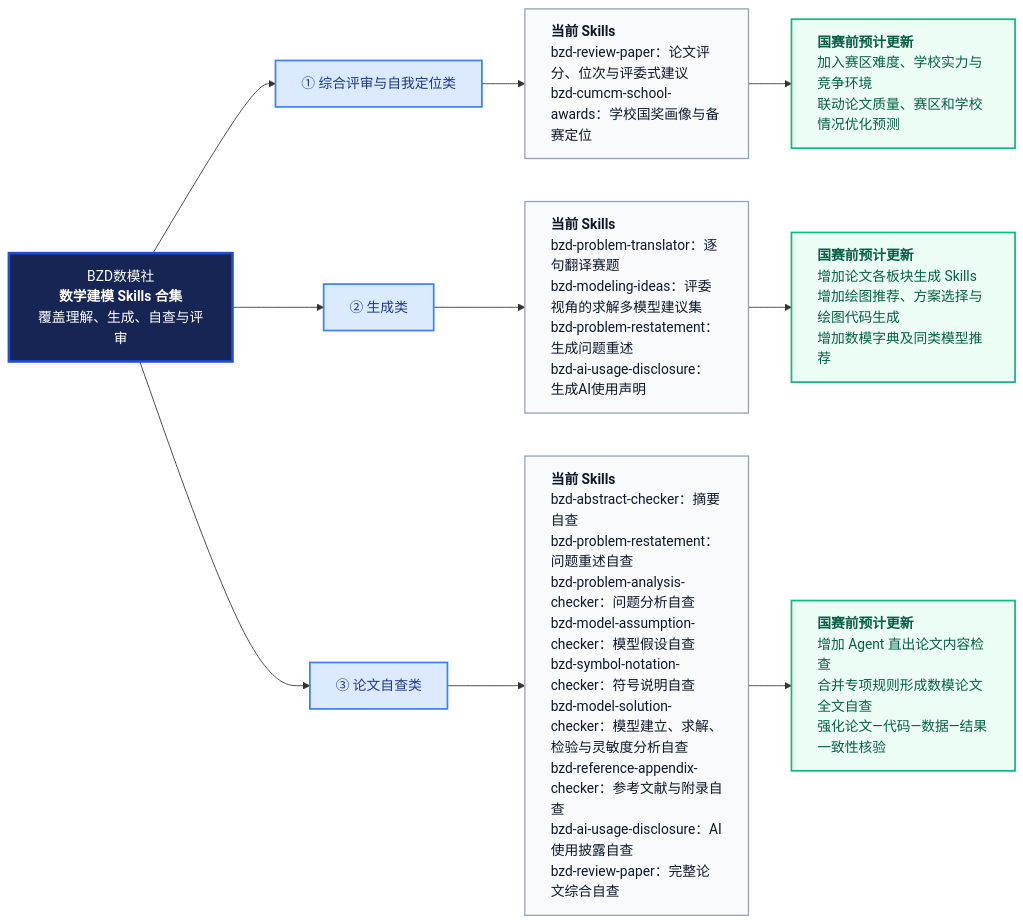
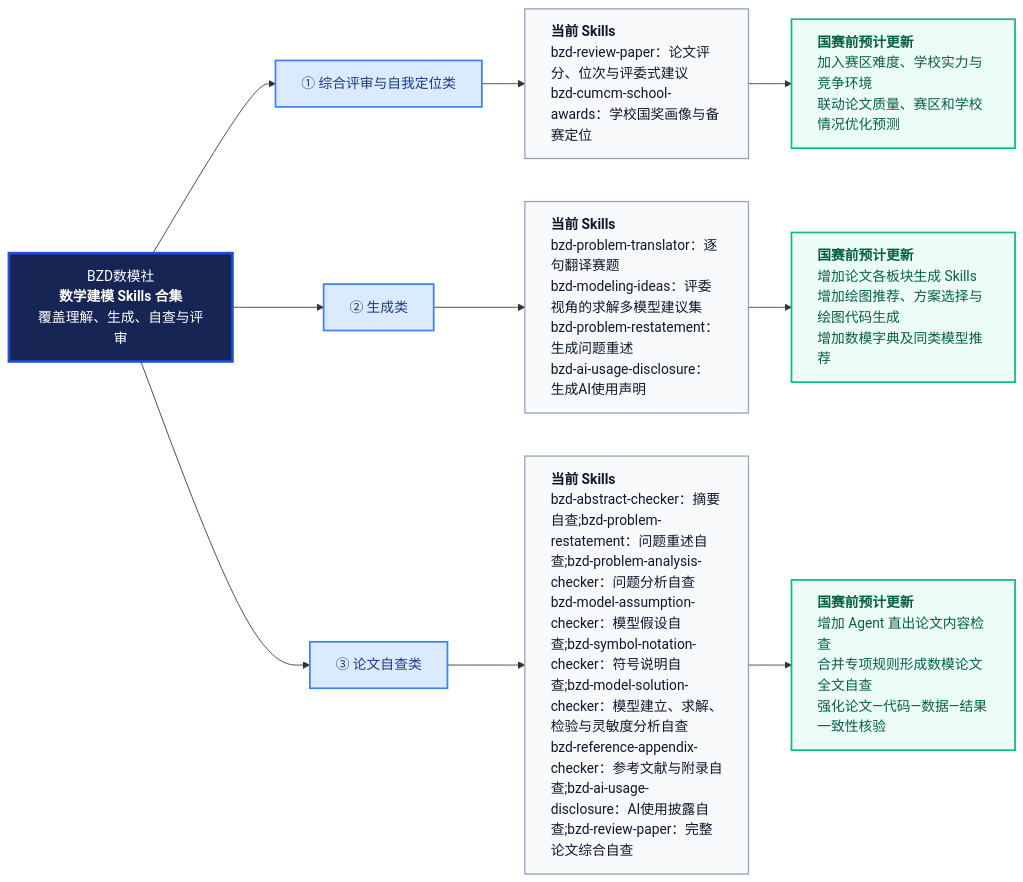
One commit to BZDmathclub/bzd-math-modeling-skills changed the first of 2 diagrams in README.md. Above: the diagram before and after it, drawn with Mermaid.

````diff
--- a/README.md
+++ b/README.md
@@ -70,35 +70,35 @@
 ```mermaid
 flowchart LR
     BZD["BZD数模社<br/><b>数学建模 Skills 合集</b><br/>覆盖理解、生成、自查与评审"]
 
     REVIEW["① 综合评审与自我定位类"]
     GENERATE["② 生成类"]
     CHECK["③ 论文自查类"]
 
     R_NOW["<div style='text-align:left'><b>当前 Skills</b><br/>bzd-review-paper：论文评分、位次与评委式建议<br/>bzd-cumcm-school-awards：学校国奖画像与备赛定位</div>"]
     R_UPDATE["<div style='text-align:left'><b>国赛前预计更新</b><br/>加入赛区难度、学校实力与竞争环境<br/>联动论文质量、赛区和学校情况优化预测</div>"]
 
     G_NOW["<div style='text-align:left'><b>当前 Skills</b><br/>bzd-problem-translator：逐句翻译赛题<br/>bzd-modeling-ideas：评委视角的求解多模型建议集<br/>bzd-problem-restatement：生成问题重述<br/>bzd-ai-usage-disclosure：生成AI使用声明</div>"]
     G_UPDATE["<div style='text-align:left'><b>国赛前预计更新</b><br/>增加论文各板块生成 Skills<br/>增加绘图推荐、方案选择与绘图代码生成<br/>增加数模字典及同类模型推荐</div>"]
 
-    C_NOW["<div style='text-align:left'><b>当前 Skills</b><br/>bzd-abstract-checker：摘要自查<br/>bzd-problem-restatement：问题重述自查<br/>bzd-problem-analysis-checker：问题分析自查<br/>bzd-model-assumption-checker：模型假设自查<br/>bzd-symbol-notation-checker：符号说明自查<br/>bzd-model-solution-checker：模型建立、求解、检验与灵敏度分析自查<br/>bzd-reference-appendix-checker：参考文献与附录自查<br/>bzd-ai-usage-disclosure：AI使用披露自查<br/>bzd-review-paper：完整论文综合自查</div>"]
+    C_NOW["<div style='text-align:left'><b>当前 Skills</b><br/>bzd-abstract-checker：摘要自查;bzd-problem-restatement：问题重述自查;bzd-problem-analysis-checker：问题分析自查<br/>bzd-model-assumption-checker：模型假设自查;bzd-symbol-notation-checker：符号说明自查;bzd-model-solution-checker：模型建立、求解、检验与灵敏度分析自查<br/>bzd-reference-appendix-checker：参考文献与附录自查;bzd-ai-usage-disclosure：AI使用披露自查;bzd-review-paper：完整论文综合自查</div>"]
     C_UPDATE["<div style='text-align:left'><b>国赛前预计更新</b><br/>增加 Agent 直出论文内容检查<br/>合并专项规则形成数模论文全文自查<br/>强化论文—代码—数据—结果一致性核验</div>"]
 
     BZD --> REVIEW
     BZD --> GENERATE
     BZD --> CHECK
 
     REVIEW --> R_NOW --> R_UPDATE
     GENERATE --> G_NOW --> G_UPDATE
     CHECK --> C_NOW --> C_UPDATE
 
     classDef hub fill:#172554,color:#ffffff,stroke:#1d4ed8,stroke-width:3px;
     classDef category fill:#dbeafe,color:#1e3a8a,stroke:#3b82f6,stroke-width:2px;
     classDef current fill:#f8fafc,color:#0f172a,stroke:#94a3b8,stroke-width:1.5px;
     classDef update fill:#ecfdf5,color:#065f46,stroke:#10b981,stroke-width:2px;
 
     class BZD hub;
     class REVIEW,GENERATE,CHECK category;
     class R_NOW,G_NOW,C_NOW current;
     class R_UPDATE,G_UPDATE,C_UPDATE update;
 ```
````
